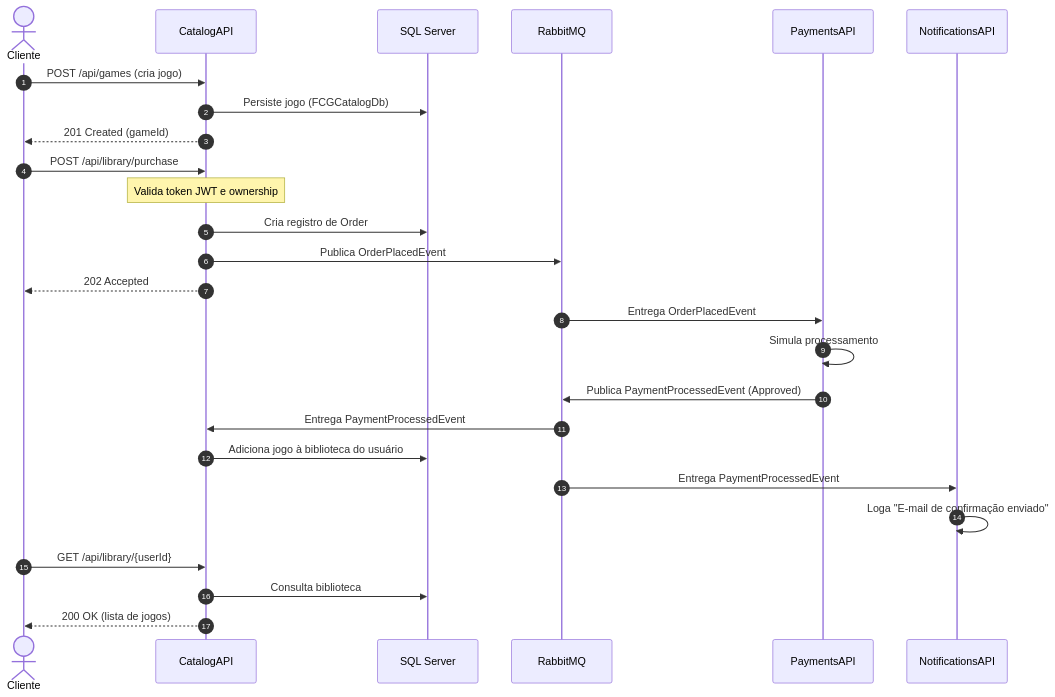
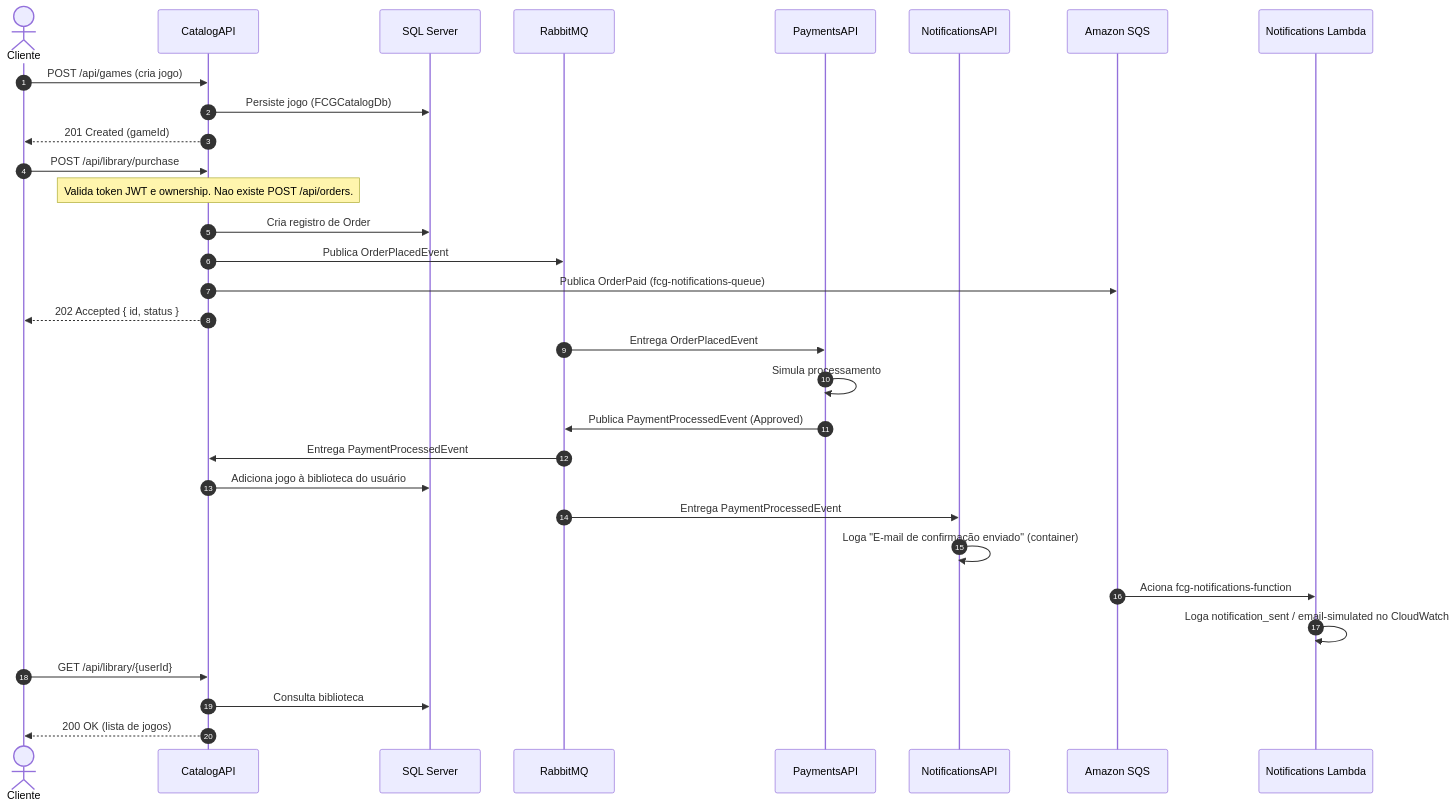
Before and after one commit to posgraduacaofiapnet/FCG-Orchestration: the second of 3 diagrams in README.md, drawn with Mermaid. The commit also changed other lines of this file and 26 other files, not shown here.

First line of the commit message:
feat: add purchase test collection and SQS config for serverless notifications

````diff
--- a/README.md
+++ b/README.md
@@ -139,34 +140,40 @@
 ```mermaid
 sequenceDiagram
     autonumber
     actor Cliente
     participant CatalogAPI
     participant SQLServer as SQL Server
     participant RabbitMQ
     participant PaymentsAPI
     participant NotificationsAPI
+    participant SQS as Amazon SQS
+    participant Lambda as Notifications Lambda
 
     Cliente->>CatalogAPI: POST /api/games (cria jogo)
     CatalogAPI->>SQLServer: Persiste jogo (FCGCatalogDb)
     CatalogAPI-->>Cliente: 201 Created (gameId)
 
     Cliente->>CatalogAPI: POST /api/library/purchase
-    Note over CatalogAPI: Valida token JWT e ownership
+    Note over CatalogAPI: Valida token JWT e ownership. Nao existe POST /api/orders.
     CatalogAPI->>SQLServer: Cria registro de Order
     CatalogAPI->>RabbitMQ: Publica OrderPlacedEvent
-    CatalogAPI-->>Cliente: 202 Accepted
+    CatalogAPI->>SQS: Publica OrderPaid (fcg-notifications-queue)
+    CatalogAPI-->>Cliente: 202 Accepted { id, status }
 
     RabbitMQ->>PaymentsAPI: Entrega OrderPlacedEvent
     PaymentsAPI->>PaymentsAPI: Simula processamento
     PaymentsAPI->>RabbitMQ: Publica PaymentProcessedEvent (Approved)
 
     RabbitMQ->>CatalogAPI: Entrega PaymentProcessedEvent
     CatalogAPI->>SQLServer: Adiciona jogo à biblioteca do usuário
 
     RabbitMQ->>NotificationsAPI: Entrega PaymentProcessedEvent
-    NotificationsAPI->>NotificationsAPI: Loga "E-mail de confirmação enviado"
+    NotificationsAPI->>NotificationsAPI: Loga "E-mail de confirmação enviado" (container)
+
+    SQS->>Lambda: Aciona fcg-notifications-function
+    Lambda->>Lambda: Loga notification_sent / email-simulated no CloudWatch
 
     Cliente->>CatalogAPI: GET /api/library/{userId}
     CatalogAPI->>SQLServer: Consulta biblioteca
     CatalogAPI-->>Cliente: 200 OK (lista de jogos)
 ```
````
